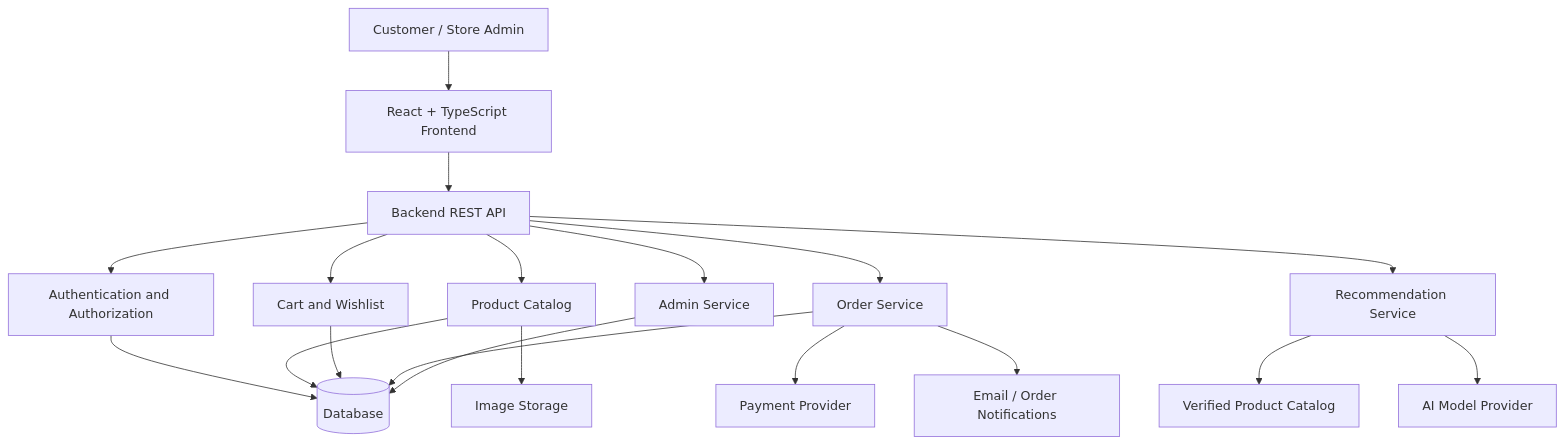
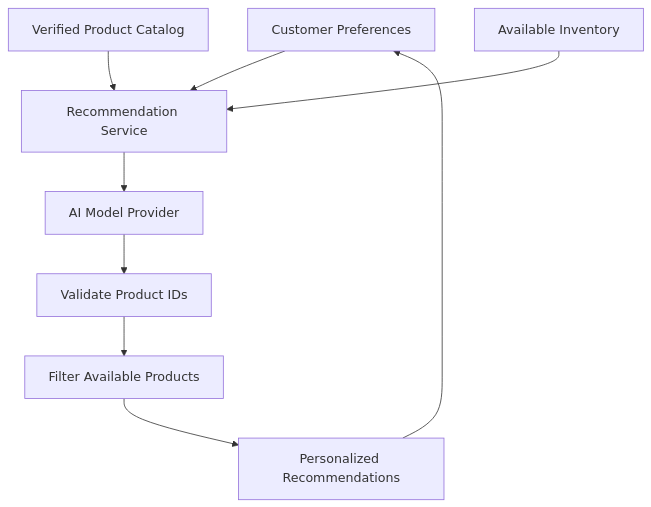
The diagram in README.md (Mugunthandk/sweet-scoop), drawn with Mermaid before and after one commit. The commit also changed other lines of this file, not shown here.

````diff
--- a/README.md
+++ b/README.md
@@ -227,25 +168,11 @@
 ```mermaid
 flowchart TD
-    U[Customer / Store Admin] --> FE[React + TypeScript Frontend]
-    FE --> API[Backend REST API]
-
-    API --> AUTH[Authentication and Authorization]
-    API --> CAT[Product Catalog]
-    API --> CART[Cart and Wishlist]
-    API --> ORD[Order Service]
-    API --> REC[Recommendation Service]
-    API --> ADMIN[Admin Service]
-
-    AUTH --> DB[(Database)]
-    CAT --> DB
-    CART --> DB
-    ORD --> DB
-    ADMIN --> DB
-
-    REC --> CATALOG[Verified Product Catalog]
-    REC --> AI[AI Model Provider]
-
-    CAT --> IMG[Image Storage]
-    ORD --> PAY[Payment Provider]
-    ORD --> MSG[Email / Order Notifications]
+    U[Customer Preferences] --> R[Recommendation Service]
+    C[Verified Product Catalog] --> R
+    I[Available Inventory] --> R
+    R --> AI[AI Model Provider]
+    AI --> V[Validate Product IDs]
+    V --> F[Filter Available Products]
+    F --> O[Personalized Recommendations]
+    O --> U
 ```
````
